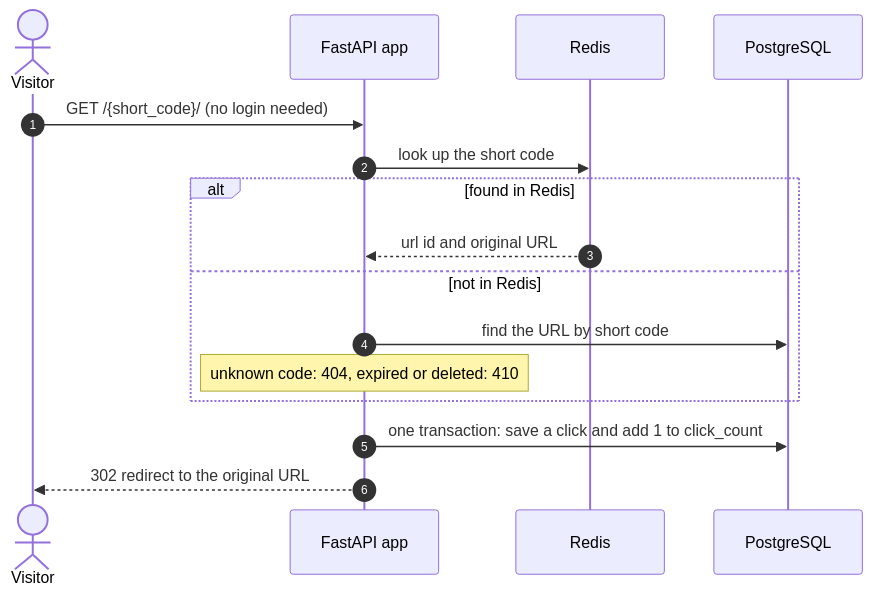
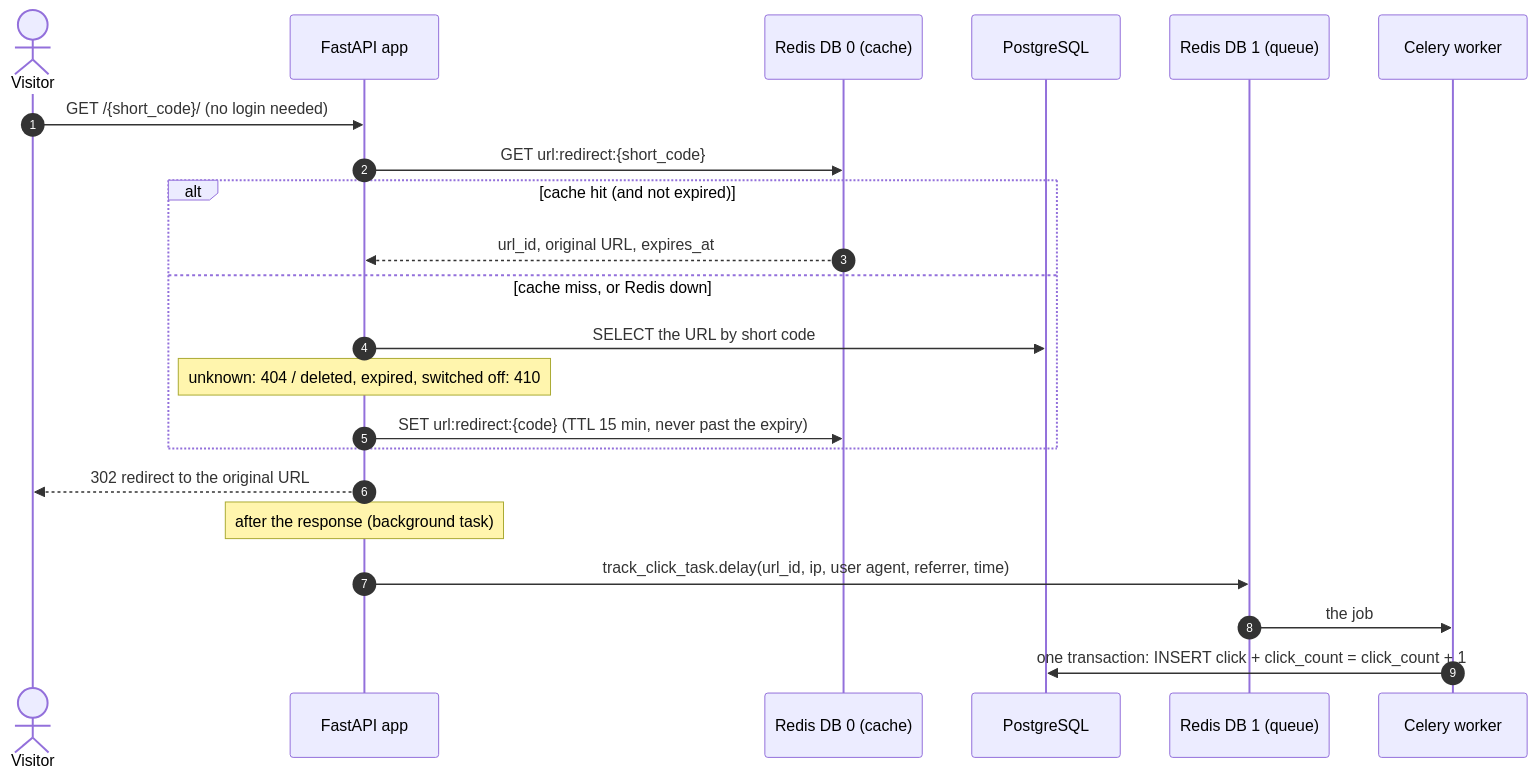
One commit to Aline-CROIRE/url-shortener-fastapi changed the second of 4 diagrams in README.md. Above: the diagram before and after it, drawn with Mermaid. The commit also changed other lines of this file, not shown here.

Commit message:
docs: document Celery, health probes and Module 8 design decisions

````diff
--- a/README.md
+++ b/README.md
@@ -113,19 +157,25 @@
 ```mermaid
 sequenceDiagram
     autonumber
     actor visitor as Visitor
     participant app as FastAPI app
-    participant redis as Redis
+    participant cache as Redis DB 0 (cache)
     participant db as PostgreSQL
+    participant broker as Redis DB 1 (queue)
+    participant worker as Celery worker
 
     visitor->>app: GET /{short_code}/ (no login needed)
-    app->>redis: look up the short code
-    alt found in Redis
-        redis-->>app: url id and original URL
-    else not in Redis
-        app->>db: find the URL by short code
-        Note over app: unknown code: 404, expired or deleted: 410
+    app->>cache: GET url:redirect:{short_code}
+    alt cache hit (and not expired)
+        cache-->>app: url_id, original URL, expires_at
+    else cache miss, or Redis down
+        app->>db: SELECT the URL by short code
+        Note over app: unknown: 404 / deleted, expired, switched off: 410
+        app->>cache: SET url:redirect:{code} (TTL 15 min, never past the expiry)
     end
-    app->>db: one transaction: save a click and add 1 to click_count
     app-->>visitor: 302 redirect to the original URL
+    Note over app: after the response (background task)
+    app->>broker: track_click_task.delay(url_id, ip, user agent, referrer, time)
+    broker->>worker: the job
+    worker->>db: one transaction: INSERT click + click_count = click_count + 1
 ```
````
